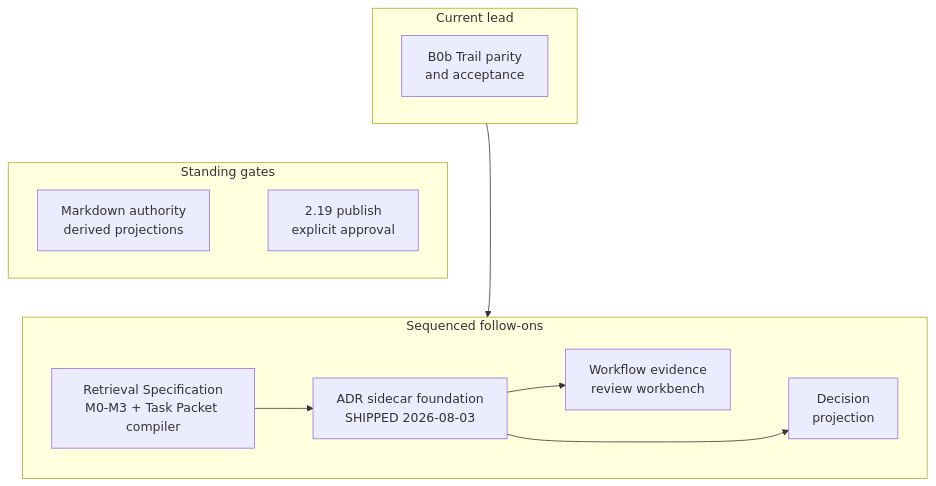
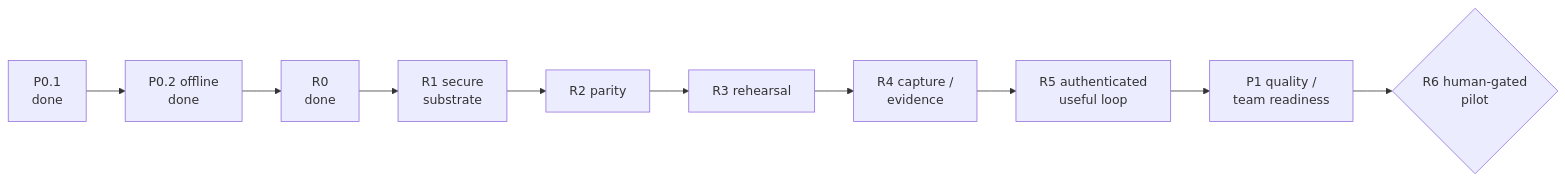
Before and after one commit to jnl-tshi/memory-seed: diagram 26 of 26 in docs/3_Spec/functionality-audit.md, drawn with Mermaid. The commit also changed other lines of this file and 3 other files, not shown here.

````diff
--- a/docs/3_Spec/functionality-audit.md
+++ b/docs/3_Spec/functionality-audit.md
@@ -1247,23 +1296,7 @@
 ```mermaid
-graph TD
-  subgraph CurrentTier["Current lead"]
-    direction LR
-    B0B["B0b Trail parity<br>and acceptance"]
-  end
-  subgraph GuardTier["Standing gates"]
-    direction LR
-    QUALITY["Markdown authority<br>derived projections"] ~~~ RELEASE["2.19 publish<br>explicit approval"]
-  end
-  subgraph FollowOnTier["Sequenced follow-ons"]
-    direction LR
-    RETSPEC["Retrieval Specification<br>M0-M3 + Task Packet compiler"]
-    SEM["ADR sidecar foundation<br>SHIPPED 2026-08-03"] ~~~ REVIEW["Workflow evidence<br>review workbench"] ~~~ PROJ["Decision<br>projection"]
-  end
-  CurrentTier ~~~ GuardTier
-  GuardTier ~~~ FollowOnTier
-  B0B ~~~ RETSPEC
-  RETSPEC --> SEM
-  B0B --> SEM
-  SEM --> REVIEW
-  SEM --> PROJ
+flowchart LR
+  P01["P0.1<br>done"] --> P02["P0.2 offline<br>done"] --> R0["R0<br>done"]
+  R0 --> R1["R1 secure<br>substrate"] --> R2["R2 parity"] --> R3["R3 rehearsal"]
+  R3 --> R4["R4 capture /<br>evidence"] --> R5["R5 authenticated<br>useful loop"]
+  R5 --> P1["P1 quality /<br>team readiness"] --> R6{"R6 human-gated<br>pilot"}
 ```
````
